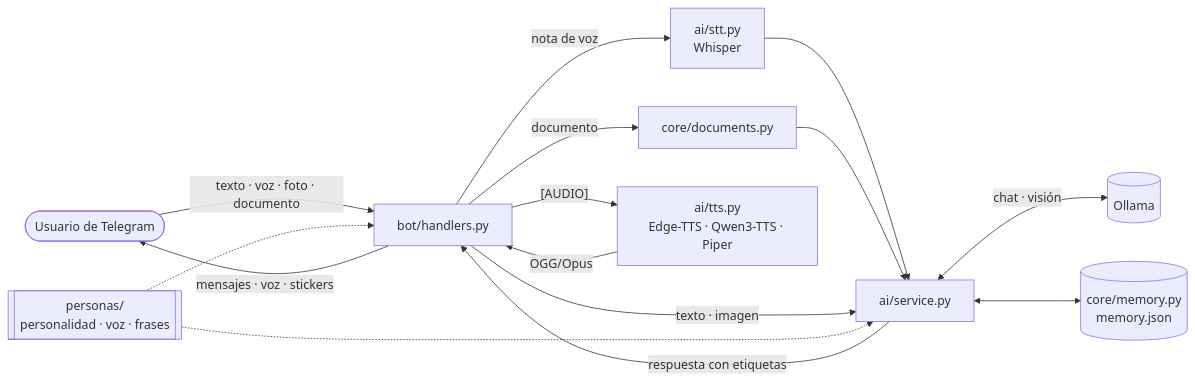
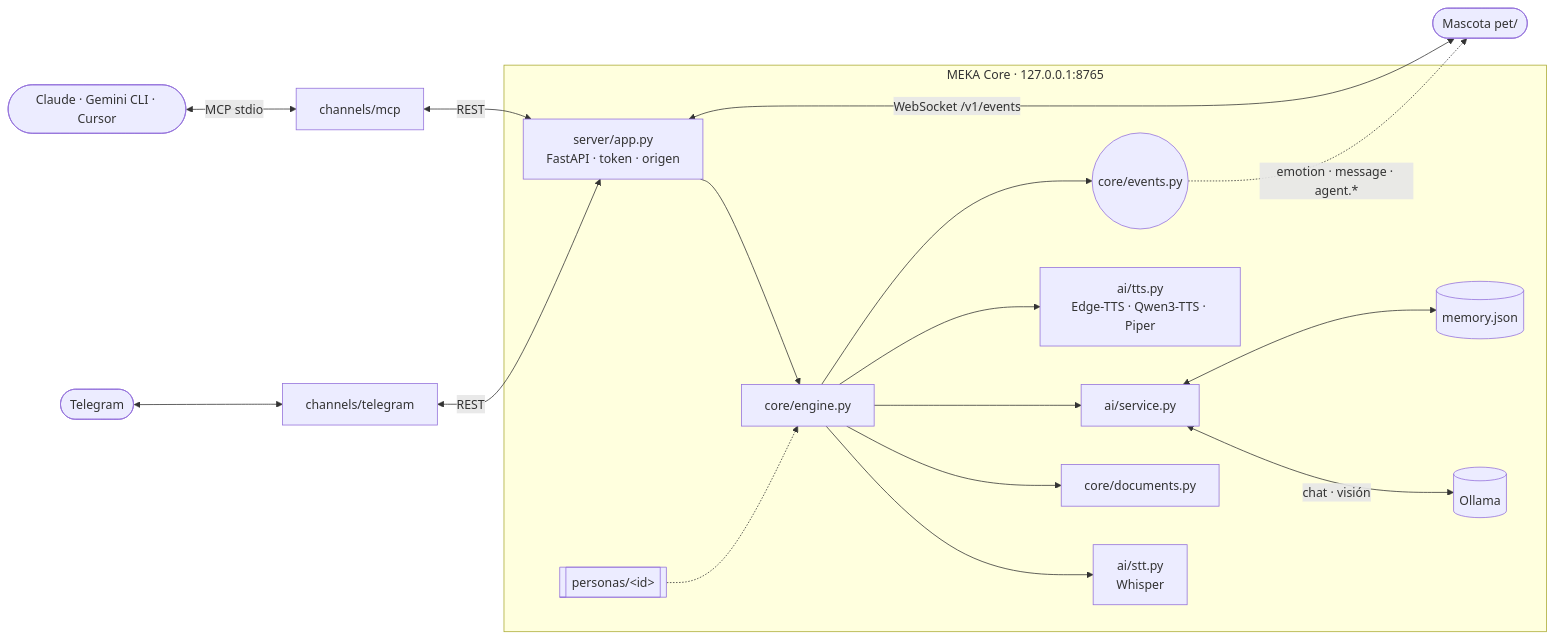
The diagram in README.md (Nekimu/PROJECT-MEKA), drawn with Mermaid before and after one commit. The commit also changed other lines of this file and 45 other files, not shown here.

First line of the commit message:
feat: MEKA Core como servidor local con Telegram y MCP como clientes

````diff
--- a/README.md
+++ b/README.md
@@ -225,17 +301,20 @@
 ```mermaid
 flowchart LR
-    U([Usuario de Telegram]) -->|texto · voz · foto · documento| H[bot/handlers.py]
-    H -->|nota de voz| STT[ai/stt.py<br/>Whisper]
-    H -->|documento| DOC[core/documents.py]
-    STT --> AI
-    DOC --> AI
-    H -->|texto · imagen| AI[ai/service.py]
-    P[[personas/<id><br/>personalidad · voz · frases]] -.-> AI
-    P -.-> H
-    AI <-->|chat · visión| OL[(Ollama)]
-    AI <--> MEM[(core/memory.py<br/>memory.json)]
-    AI -->|respuesta con etiquetas| H
-    H -->|"[AUDIO]"| TTS[ai/tts.py<br/>Edge-TTS · Qwen3-TTS · Piper]
-    TTS -->|OGG/Opus| H
-    H -->|mensajes · voz · stickers| U
+    U([Telegram]) <--> TG[channels/telegram]
+    A([Claude · Gemini CLI · Cursor]) <-->|MCP stdio| MCP[channels/mcp]
+    TG <-->|REST| API
+    MCP <-->|REST| API
+    PET([Mascota pet/]) <-->|WebSocket /v1/events| API
+    subgraph CORE[MEKA Core · 127.0.0.1:8765]
+        API[server/app.py<br/>FastAPI · token · origen] --> ENG[core/engine.py]
+        ENG --> STT[ai/stt.py<br/>Whisper]
+        ENG --> DOC[core/documents.py]
+        ENG --> AI[ai/service.py]
+        ENG --> TTS[ai/tts.py<br/>Edge-TTS · Qwen3-TTS · Piper]
+        ENG --> BUS((core/events.py))
+        P[[personas/&lt;id&gt;]] -.-> ENG
+        AI <-->|chat · visión| OL[(Ollama)]
+        AI <--> MEM[(memory.json)]
+    end
+    BUS -.->|emotion · message · agent.*| PET
 ```
````
